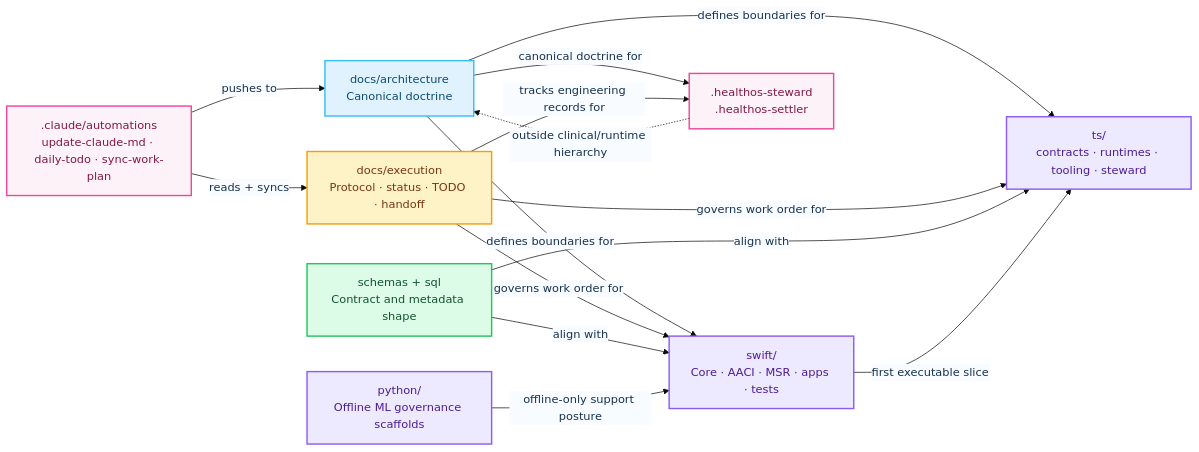
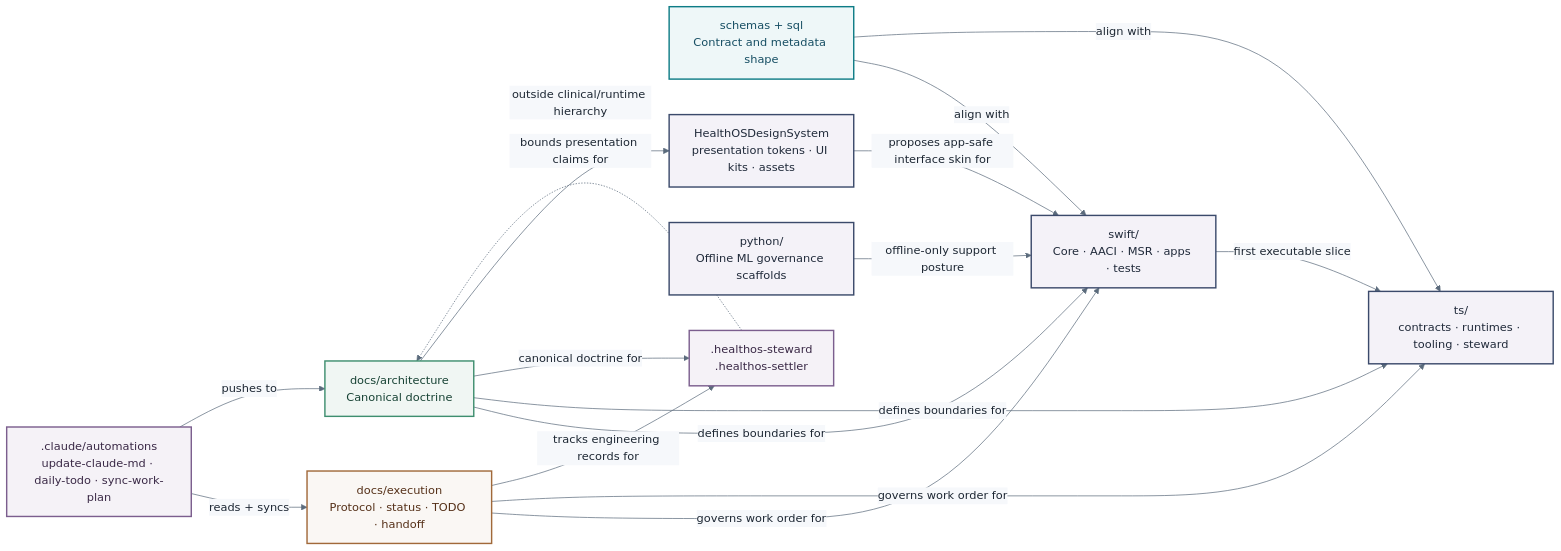
Before and after one commit to myselfgus/HealthOScaffold: the ninth of 12 diagrams in README.md, drawn with Mermaid. The commit also changed other lines of this file, not shown here.

Commit message:
docs(readme): align diagrams with design system

````diff
--- a/README.md
+++ b/README.md
@@ -578,32 +608,35 @@
 ```mermaid
-%%{init: {'theme': 'base', 'themeVariables': {'primaryColor': '#f5faff', 'primaryBorderColor': '#c6ddf5', 'primaryTextColor': '#17324d', 'clusterBkg': '#ffffff', 'clusterBorder': '#dbeafe', 'titleColor': '#0f172a', 'edgeLabelBackground': '#f8fbff', 'fontFamily': 'ui-rounded, -apple-system, BlinkMacSystemFont, sans-serif'}}}%%
+%%{init: {'theme': 'base', 'themeVariables': {'primaryColor': '#F6F8FB', 'primaryBorderColor': '#D6DEE8', 'primaryTextColor': '#1D2733', 'clusterBkg': '#FFFFFF', 'clusterBorder': '#D6DEE8', 'titleColor': '#1D2733', 'lineColor': '#5B6B7C', 'edgeLabelBackground': '#F6F8FB', 'fontFamily': 'ui-rounded, -apple-system, BlinkMacSystemFont, sans-serif'}}}%%
 graph LR
-    classDef docs  fill:#e0f2fe,stroke:#38bdf8,stroke-width:2px,color:#0c4a6e
-    classDef exec  fill:#fef3c7,stroke:#f59e0b,stroke-width:2px,color:#78350f
-    classDef code  fill:#ede9fe,stroke:#8b5cf6,stroke-width:2px,color:#4c1d95
-    classDef data  fill:#dcfce7,stroke:#22c55e,stroke-width:2px,color:#14532d
-    classDef agent fill:#fdf2f8,stroke:#ec4899,stroke-width:2px,color:#831843
+    classDef docs  fill:#F0F6F3,stroke:#3E8E6F,stroke-width:2px,color:#174234
+    classDef exec  fill:#FAF7F4,stroke:#A1693A,stroke-width:2px,color:#553018
+    classDef code  fill:#F4F2F8,stroke:#3B4A6B,stroke-width:2px,color:#202A3A
+    classDef data  fill:#EEF7F8,stroke:#0E7C86,stroke-width:2px,color:#164E63
+    classDef agent fill:#F5F2F7,stroke:#7B5E8E,stroke-width:2px,color:#3A2946
 
     D[docs/architecture\nCanonical doctrine]:::docs
     E[docs/execution\nProtocol · status · TODO · handoff]:::exec
     S[schemas + sql\nContract and metadata shape]:::data
     W[swift/\nCore · AACI · MSR · apps · tests]:::code
     T[ts/\ncontracts · runtimes · tooling · steward]:::code
+    DS[HealthOSDesignSystem\npresentation tokens · UI kits · assets]:::code
     P[python/\nOffline ML governance scaffolds]:::code
     EG[.healthos-steward\n.healthos-settler]:::agent
     AU[.claude/automations\nupdate-claude-md · daily-todo · sync-work-plan]:::agent
 
     D -->|defines boundaries for| W
     D -->|defines boundaries for| T
     D -->|canonical doctrine for| EG
     E -->|governs work order for| W
     E -->|governs work order for| T
     E -->|tracks engineering records for| EG
     S -->|align with| W
     S -->|align with| T
+    D -->|bounds presentation claims for| DS
+    DS -->|proposes app-safe interface skin for| W
     W -->|first executable slice| T
     P -->|offline-only support posture| W
     EG -. outside clinical/runtime hierarchy .-> D
     AU -->|reads + syncs| E
     AU -->|pushes to| D
 ```
````
